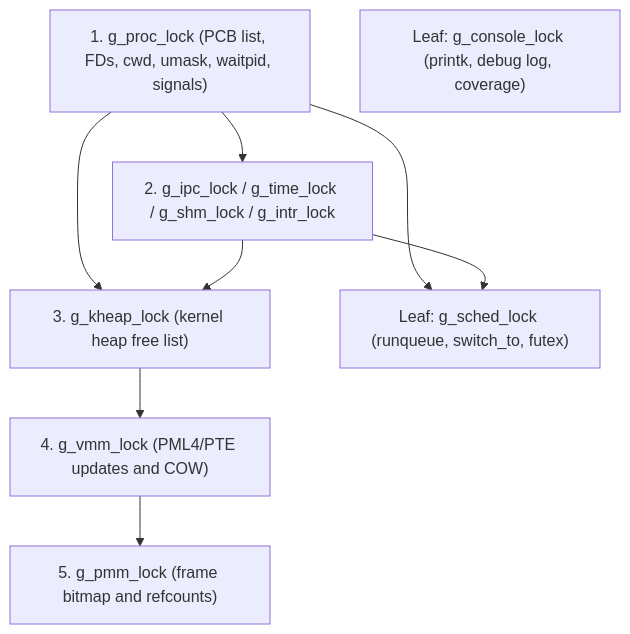
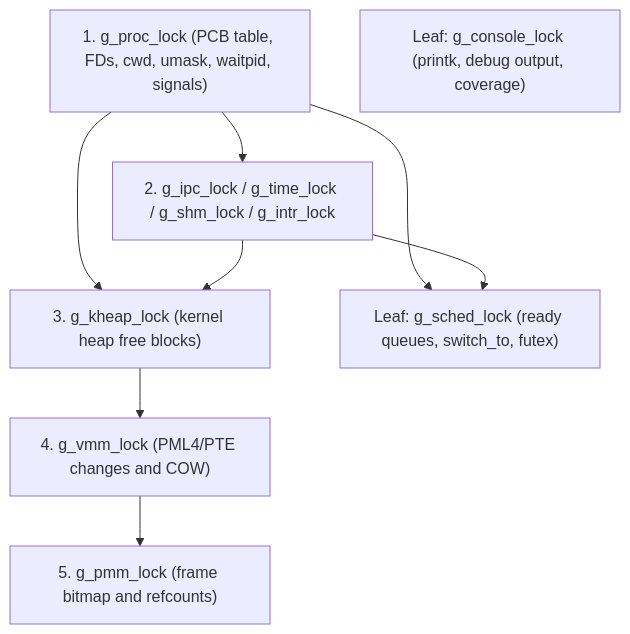
One commit to Deniz-Eren/microkernel changed the second of 2 diagrams in docs/30-architecture/proc.md. Above: the diagram before and after it, drawn with Mermaid. The commit also changed other lines of this file and 151 other files, not shown here.

````diff
--- a/docs/30-architecture/proc.md
+++ b/docs/30-architecture/proc.md
@@ -59,18 +59,18 @@
 ```mermaid
 flowchart TD
-    L1["1. g_proc_lock (PCB list, FDs, cwd, umask, waitpid, signals)"]
+    L1["1. g_proc_lock (PCB table, FDs, cwd, umask, waitpid, signals)"]
     L2["2. g_ipc_lock / g_time_lock / g_shm_lock / g_intr_lock"]
-    L3["3. g_kheap_lock (kernel heap free list)"]
-    L4["4. g_vmm_lock (PML4/PTE updates and COW)"]
+    L3["3. g_kheap_lock (kernel heap free blocks)"]
+    L4["4. g_vmm_lock (PML4/PTE changes and COW)"]
     L5["5. g_pmm_lock (frame bitmap and refcounts)"]
-    L6["Leaf: g_sched_lock (runqueue, switch_to, futex)"]
-    L7["Leaf: g_console_lock (printk, debug log, coverage)"]
+    L6["Leaf: g_sched_lock (ready queues, switch_to, futex)"]
+    L7["Leaf: g_console_lock (printk, debug output, coverage)"]
 
     L1 --> L2
     L1 --> L3
     L2 --> L3
     L3 --> L4
     L4 --> L5
     L1 --> L6
     L2 --> L6
 ```
````
